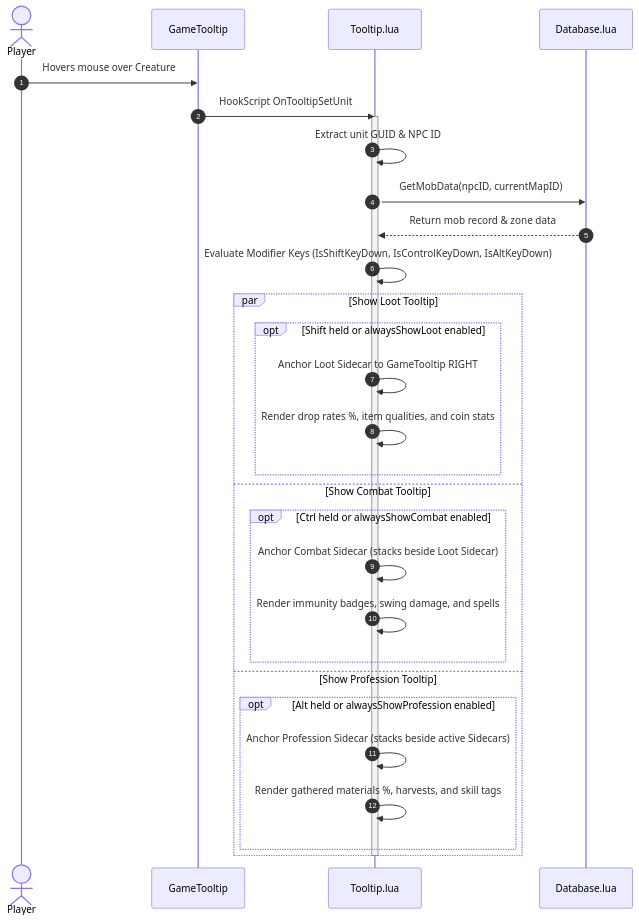
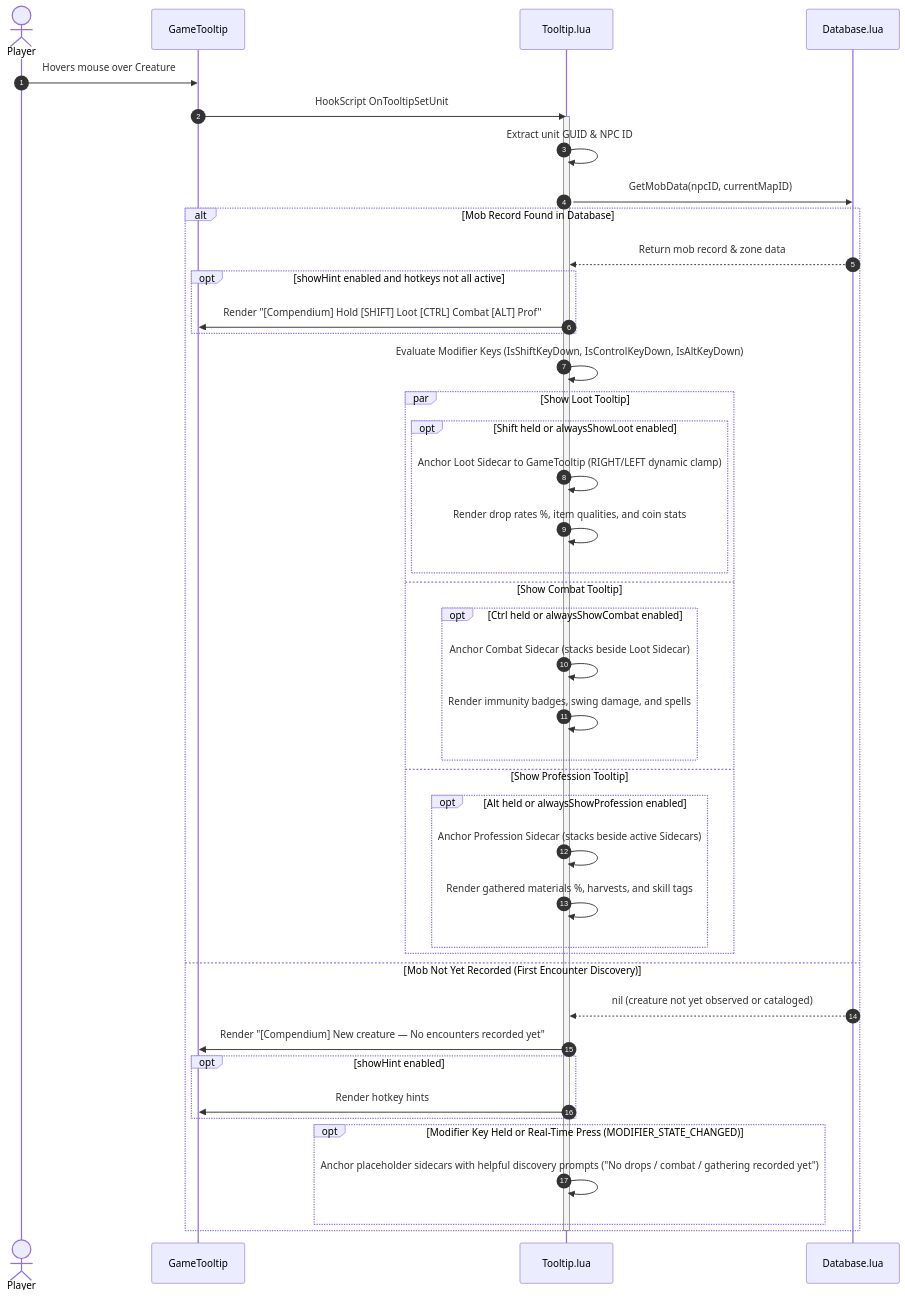
The fifth of 5 diagrams in docs/ARCHITECTURE.md (bguerre20/AzerothCreatureCompendium), drawn with Mermaid before and after one commit. The commit also changed other lines of this file and 1 other file, not shown here.

Commit message:
feat: provide unrecorded creature feedback and placeholder sidecars (Closes #24)

````diff
--- a/docs/ARCHITECTURE.md
+++ b/docs/ARCHITECTURE.md
@@ -233,35 +233,49 @@
 ```mermaid
 sequenceDiagram
     autonumber
     actor Player
     participant BlizzardTT as GameTooltip
     participant Tooltip as Tooltip.lua
     participant DB as Database.lua
 
     Player->>BlizzardTT: Hovers mouse over Creature
     BlizzardTT->>Tooltip: HookScript OnTooltipSetUnit
     activate Tooltip
     Tooltip->>Tooltip: Extract unit GUID & NPC ID
     Tooltip->>DB: GetMobData(npcID, currentMapID)
-    DB-->>Tooltip: Return mob record & zone data
 
-    Tooltip->>Tooltip: Evaluate Modifier Keys (IsShiftKeyDown, IsControlKeyDown, IsAltKeyDown)
+    alt Mob Record Found in Database
+        DB-->>Tooltip: Return mob record & zone data
+        opt showHint enabled and hotkeys not all active
+            Tooltip->>BlizzardTT: Render "[Compendium] Hold [SHIFT] Loot [CTRL] Combat [ALT] Prof"
+        end
+        Tooltip->>Tooltip: Evaluate Modifier Keys (IsShiftKeyDown, IsControlKeyDown, IsAltKeyDown)
 
-    par Show Loot Tooltip
-        opt Shift held or alwaysShowLoot enabled
-            Tooltip->>Tooltip: Anchor Loot Sidecar to GameTooltip RIGHT
-            Tooltip->>Tooltip: Render drop rates %, item qualities, and coin stats
+        par Show Loot Tooltip
+            opt Shift held or alwaysShowLoot enabled
+                Tooltip->>Tooltip: Anchor Loot Sidecar to GameTooltip (RIGHT/LEFT dynamic clamp)
+                Tooltip->>Tooltip: Render drop rates %, item qualities, and coin stats
+            end
+        and Show Combat Tooltip
+            opt Ctrl held or alwaysShowCombat enabled
+                Tooltip->>Tooltip: Anchor Combat Sidecar (stacks beside Loot Sidecar)
+                Tooltip->>Tooltip: Render immunity badges, swing damage, and spells
+            end
+        and Show Profession Tooltip
+            opt Alt held or alwaysShowProfession enabled
+                Tooltip->>Tooltip: Anchor Profession Sidecar (stacks beside active Sidecars)
+                Tooltip->>Tooltip: Render gathered materials %, harvests, and skill tags
+            end
         end
-    and Show Combat Tooltip
-        opt Ctrl held or alwaysShowCombat enabled
-            Tooltip->>Tooltip: Anchor Combat Sidecar (stacks beside Loot Sidecar)
-            Tooltip->>Tooltip: Render immunity badges, swing damage, and spells
+    else Mob Not Yet Recorded (First Encounter Discovery)
+        DB-->>Tooltip: nil (creature not yet observed or cataloged)
+        Tooltip->>BlizzardTT: Render "[Compendium] New creature — No encounters recorded yet"
+        opt showHint enabled
+            Tooltip->>BlizzardTT: Render hotkey hints
         end
-    and Show Profession Tooltip
-        opt Alt held or alwaysShowProfession enabled
-            Tooltip->>Tooltip: Anchor Profession Sidecar (stacks beside active Sidecars)
-            Tooltip->>Tooltip: Render gathered materials %, harvests, and skill tags
+        opt Modifier Key Held or Real-Time Press (MODIFIER_STATE_CHANGED)
+            Tooltip->>Tooltip: Anchor placeholder sidecars with helpful discovery prompts ("No drops / combat / gathering recorded yet")
         end
     end
     deactivate Tooltip
 ```
````
